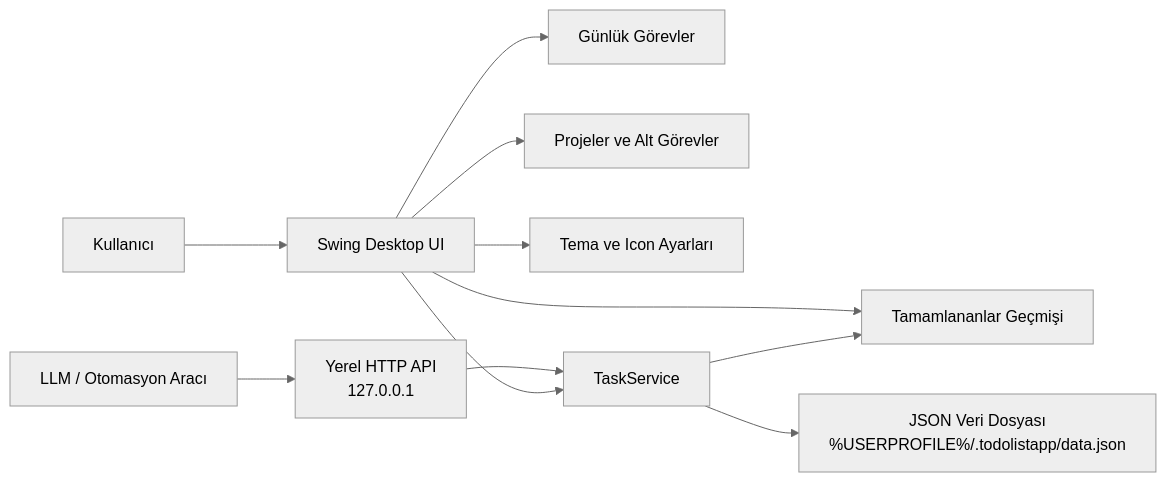
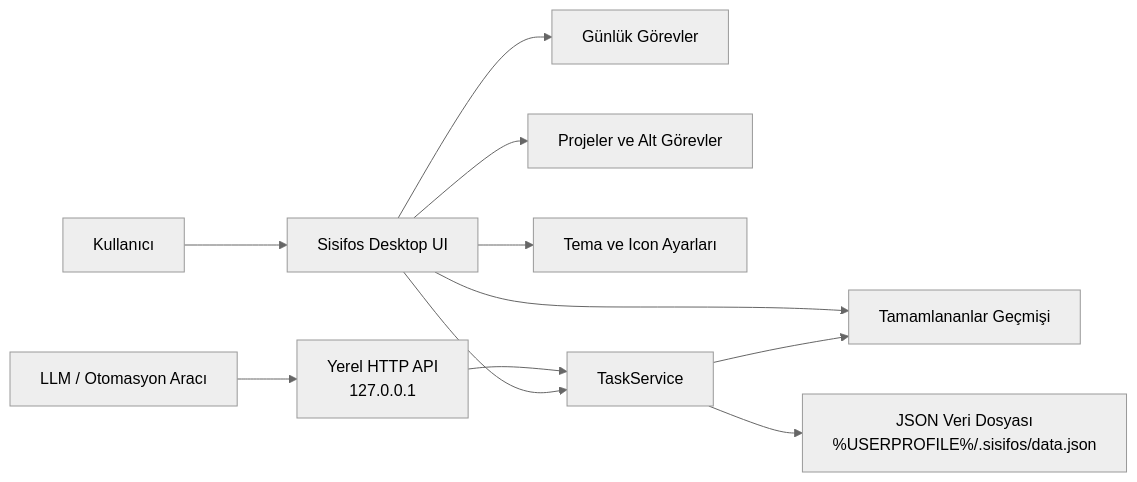
The diagram in README.md (KaanYunak/ToDoListApp), drawn with Mermaid (neutral theme) before and after one commit. The commit also changed other lines of this file and 8 other files, not shown here.

````diff
--- a/README.md
+++ b/README.md
@@ -5,13 +5,13 @@
 ```mermaid
 flowchart LR
-    User["Kullanıcı"] --> UI["Swing Desktop UI"]
+    User["Kullanıcı"] --> UI["Sisifos Desktop UI"]
     UI --> Daily["Günlük Görevler"]
     UI --> Projects["Projeler ve Alt Görevler"]
     UI --> Done["Tamamlananlar Geçmişi"]
     UI --> Settings["Tema ve Icon Ayarları"]
     LLM["LLM / Otomasyon Aracı"] --> API["Yerel HTTP API<br/>127.0.0.1"]
     API --> Service["TaskService"]
     UI --> Service
-    Service --> Store["JSON Veri Dosyası<br/>%USERPROFILE%/.todolistapp/data.json"]
+    Service --> Store["JSON Veri Dosyası<br/>%USERPROFILE%/.sisifos/data.json"]
     Service --> Done
 ```
````
